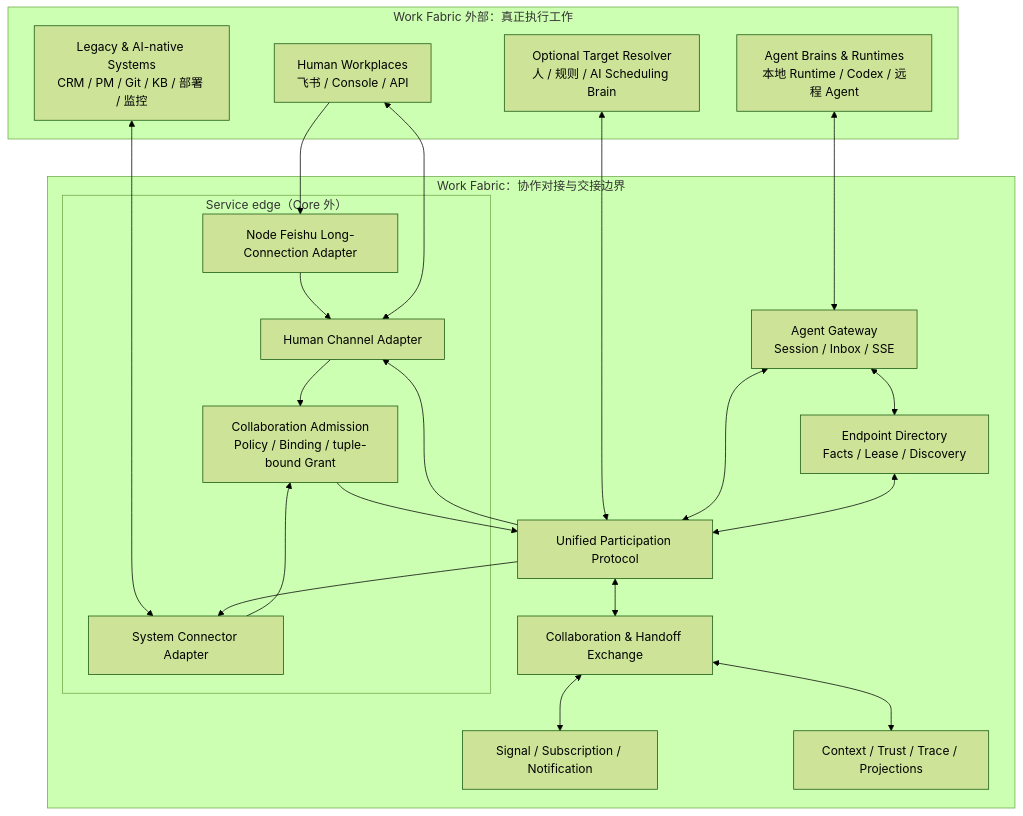
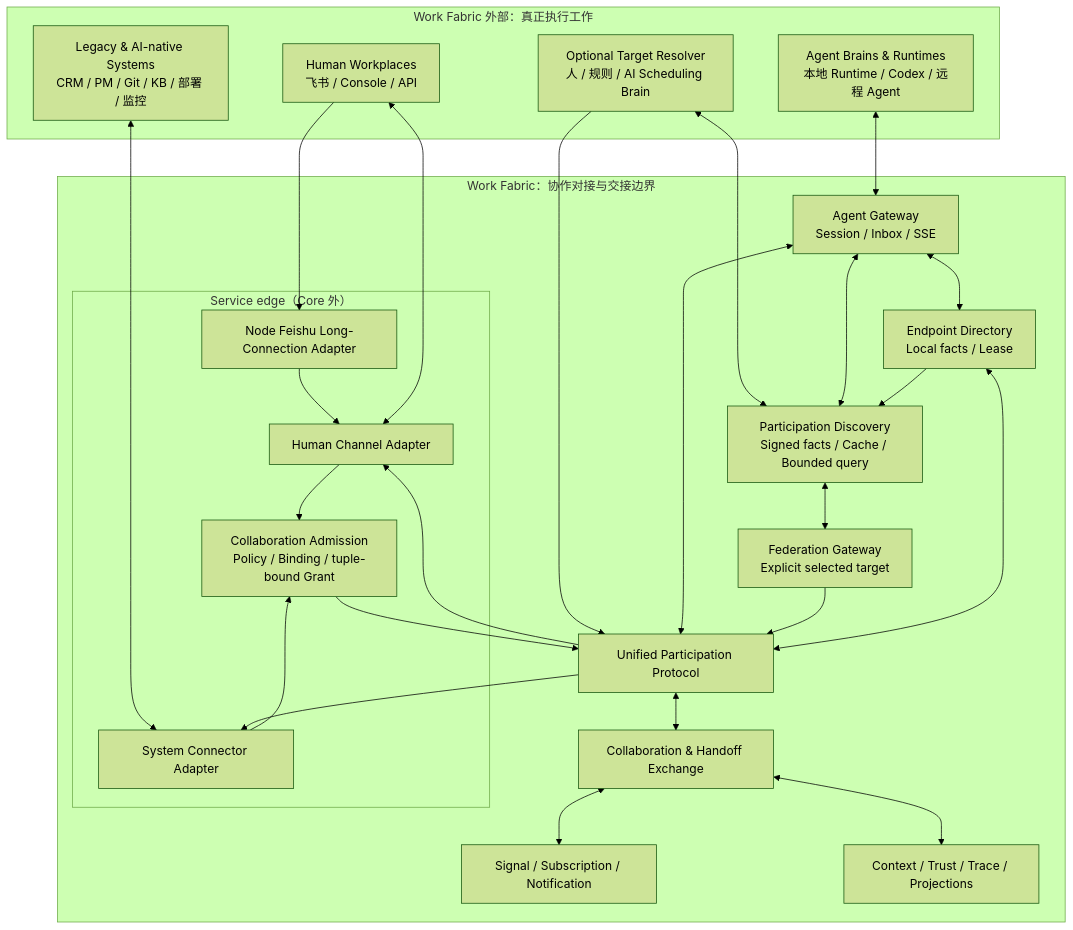
One commit to AgentEra/work-fabric changed the second of 10 diagrams in docs/architecture.md. Above: the diagram before and after it, drawn with Mermaid (forest theme). The commit also changed other lines of this file and 11 other files, not shown here.

Commit message:
docs: complete participation discovery profile

````diff
--- a/docs/architecture.md
+++ b/docs/architecture.md
@@ -133,41 +133,48 @@
 ```mermaid
 flowchart TB
     subgraph External["Work Fabric 外部：真正执行工作"]
         Human["Human Workplaces<br/>飞书 / Console / API"]
         Agent["Agent Brains & Runtimes<br/>本地 Runtime / Codex / 远程 Agent"]
         System["Legacy & AI-native Systems<br/>CRM / PM / Git / KB / 部署 / 监控"]
         Resolver["Optional Target Resolver<br/>人 / 规则 / AI Scheduling Brain"]
     end
 
     subgraph Fabric["Work Fabric：协作对接与交接边界"]
         subgraph ServiceEdge["Service edge（Core 外）"]
             NodeFeishuAdapter["Node Feishu Long-Connection Adapter"]
             HumanAdapter["Human Channel Adapter"]
             Connector["System Connector Adapter"]
             Admission["Collaboration Admission<br/>Policy / Binding / tuple-bound Grant"]
         end
         AgentGateway["Agent Gateway<br/>Session / Inbox / SSE"]
-        Directory["Endpoint Directory<br/>Facts / Lease / Discovery"]
+        Directory["Endpoint Directory<br/>Local facts / Lease"]
+        Discovery["Participation Discovery<br/>Signed facts / Cache / Bounded query"]
+        Federation["Federation Gateway<br/>Explicit selected target"]
         Protocol["Unified Participation Protocol"]
         Exchange["Collaboration & Handoff Exchange"]
         Signal["Signal / Subscription / Notification"]
         Support["Context / Trust / Trace / Projections"]
     end
 
     Human --> NodeFeishuAdapter --> HumanAdapter
     Human <--> HumanAdapter
     Agent <--> AgentGateway
     System <--> Connector
-    Resolver <--> Protocol
+    Resolver <--> Discovery
+    Resolver --> Protocol
     HumanAdapter --> Admission
     Connector --> Admission
     Admission --> Protocol
     Protocol --> HumanAdapter
     AgentGateway <--> Protocol
     AgentGateway <--> Directory
+    AgentGateway <--> Discovery
+    Directory --> Discovery
+    Discovery <--> Federation
+    Federation --> Protocol
     Directory <--> Protocol
     Protocol --> Connector
     Protocol <--> Exchange
     Exchange <--> Signal
     Exchange <--> Support
 ```
````
